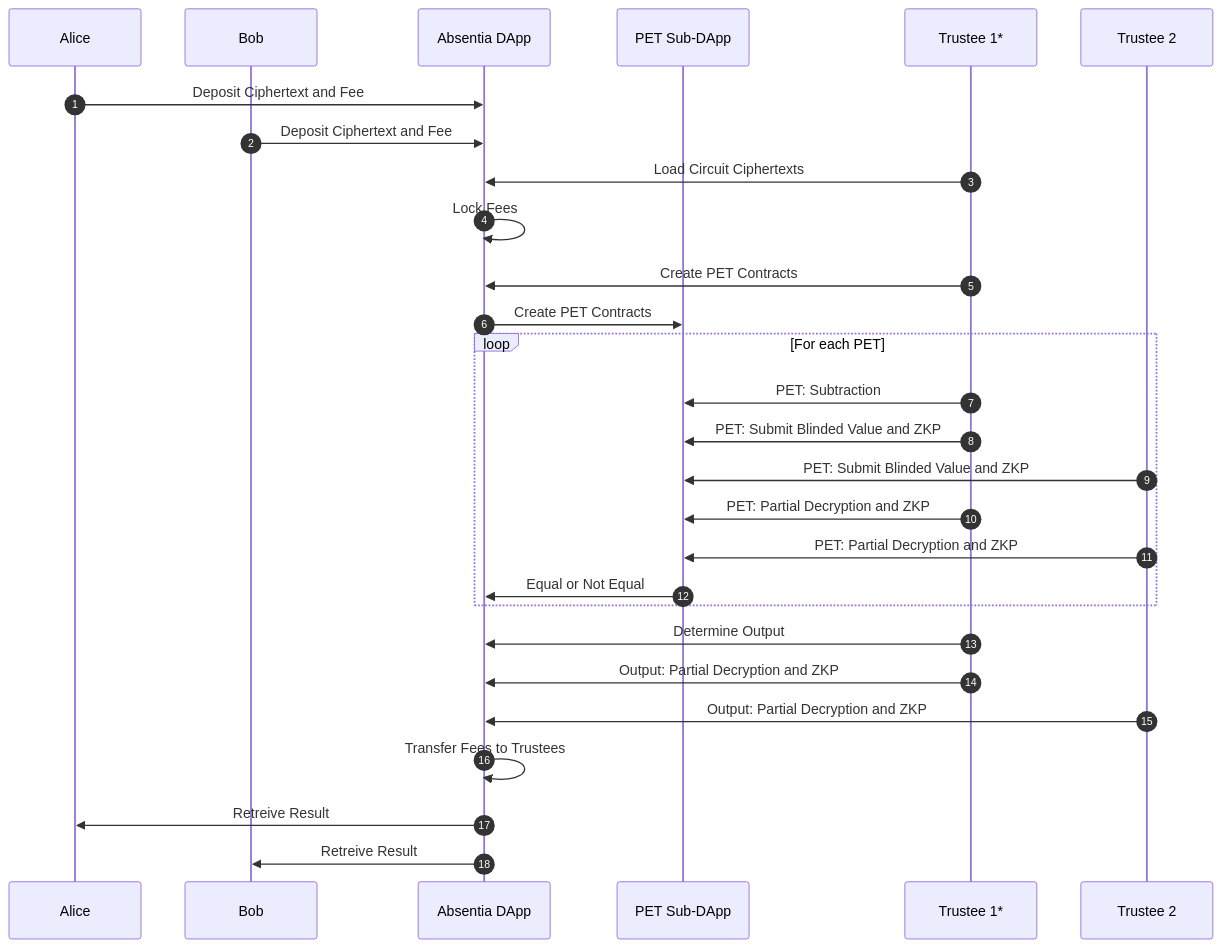
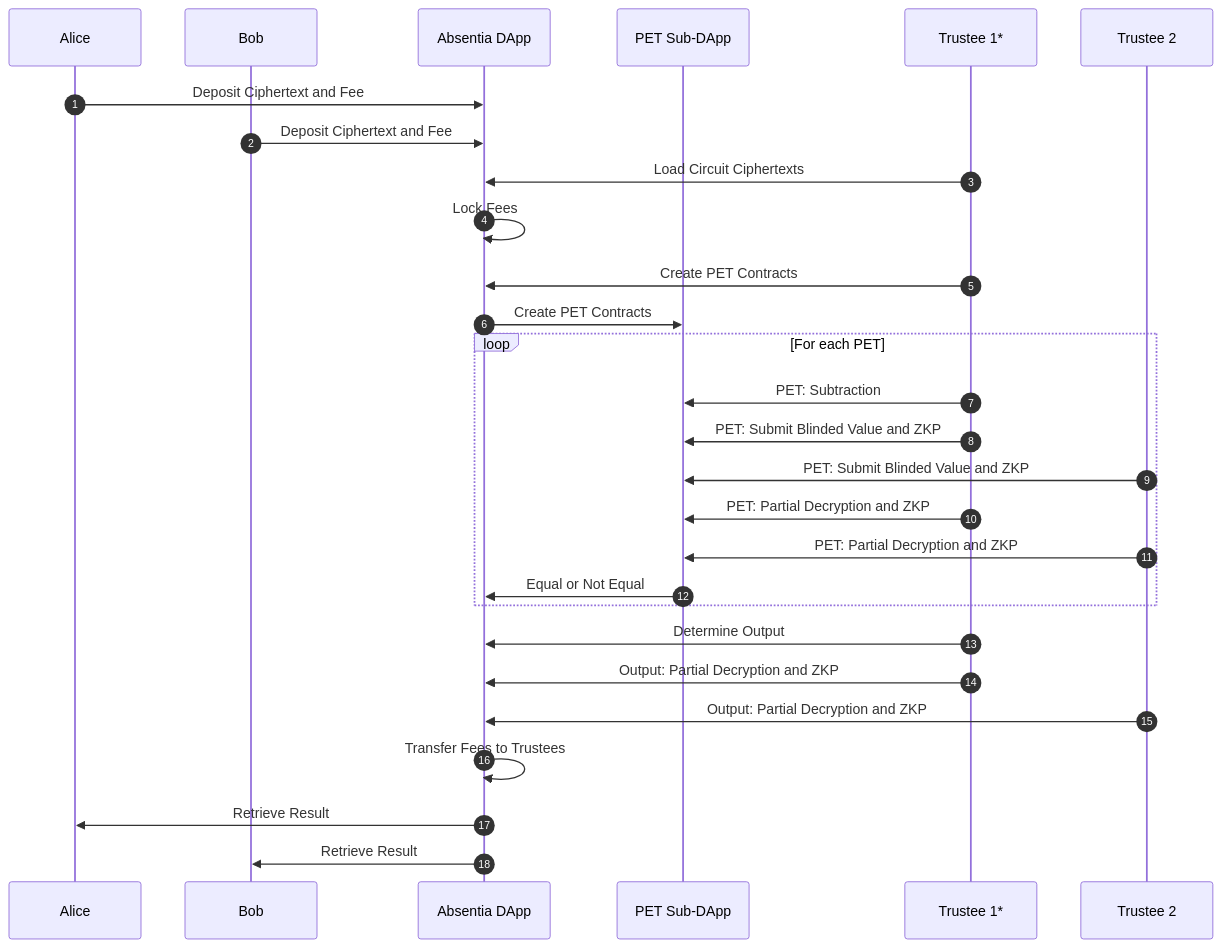
One commit to MadibaGroup/2017-Absentia changed the diagram in latex/figures/absentia.md. Above: the diagram before and after it, drawn with Mermaid.

Commit message:
figure markdown changes

````diff
--- a/latex/figures/absentia.md
+++ b/latex/figures/absentia.md
@@ -1,39 +1,39 @@
 ```mermaid
 sequenceDiagram
 	autonumber
    	participant A as Alice
     participant B as Bob
     participant D as Absentia DApp
     participant D2 as PET Sub-DApp
     participant T1 as Trustee 1*
 		participant T2 as Trustee 2
 
     A->>D: Deposit Ciphertext and Fee
     B->>D: Deposit Ciphertext and Fee
     
     
     T1->>D: Load Circuit Ciphertexts
     D->>D: Lock Fees
     T1->>D: Create PET Contracts
     D->>D2: Create PET Contracts
     
     loop For each PET
     
     T1->>D2: PET: Subtraction
     T1->>D2: PET: Submit Blinded Value and ZKP
     T2->>D2: PET: Submit Blinded Value and ZKP
     T1->>D2: PET: Partial Decryption and ZKP
     T2->>D2: PET: Partial Decryption and ZKP
     D2->>D: Equal or Not Equal
     end
     
     T1->>D: Determine Output
     T1->>D: Output: Partial Decryption and ZKP 
     T2->>D: Output: Partial Decryption and ZKP 
     D->>D: Transfer Fees to Trustees
 
-    D->>A: Retreive Result
-    D->>B: Retreive Result
+    D->>A: Retrieve Result
+    D->>B: Retrieve Result
     
     
 ```
````
